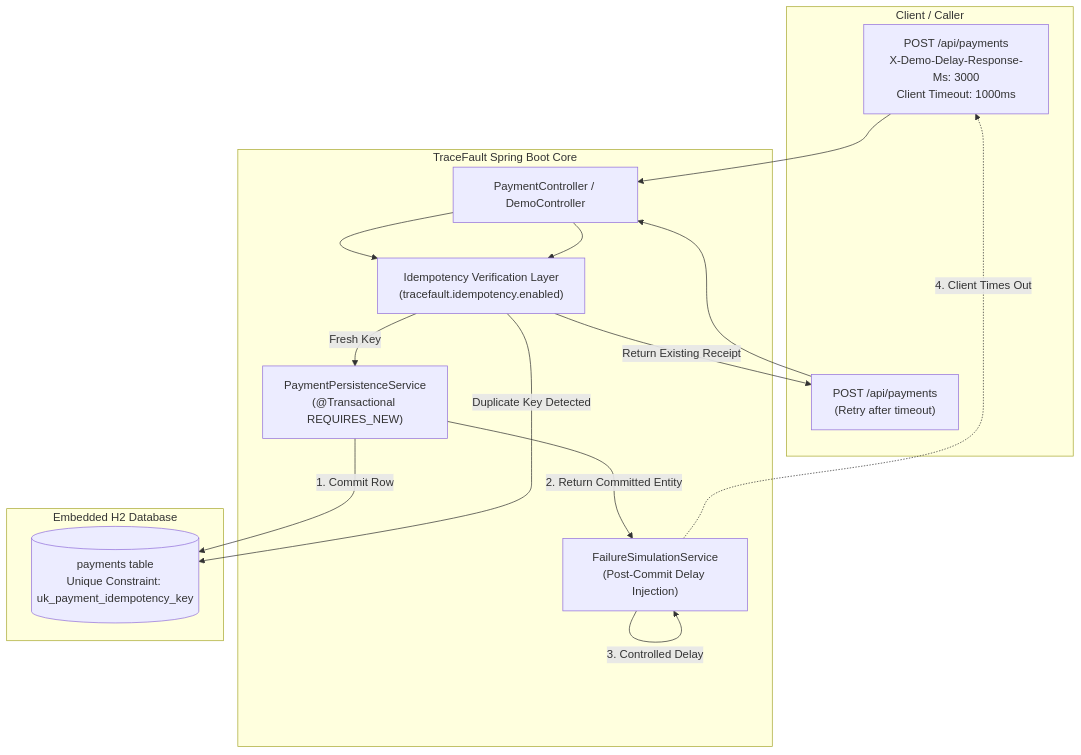
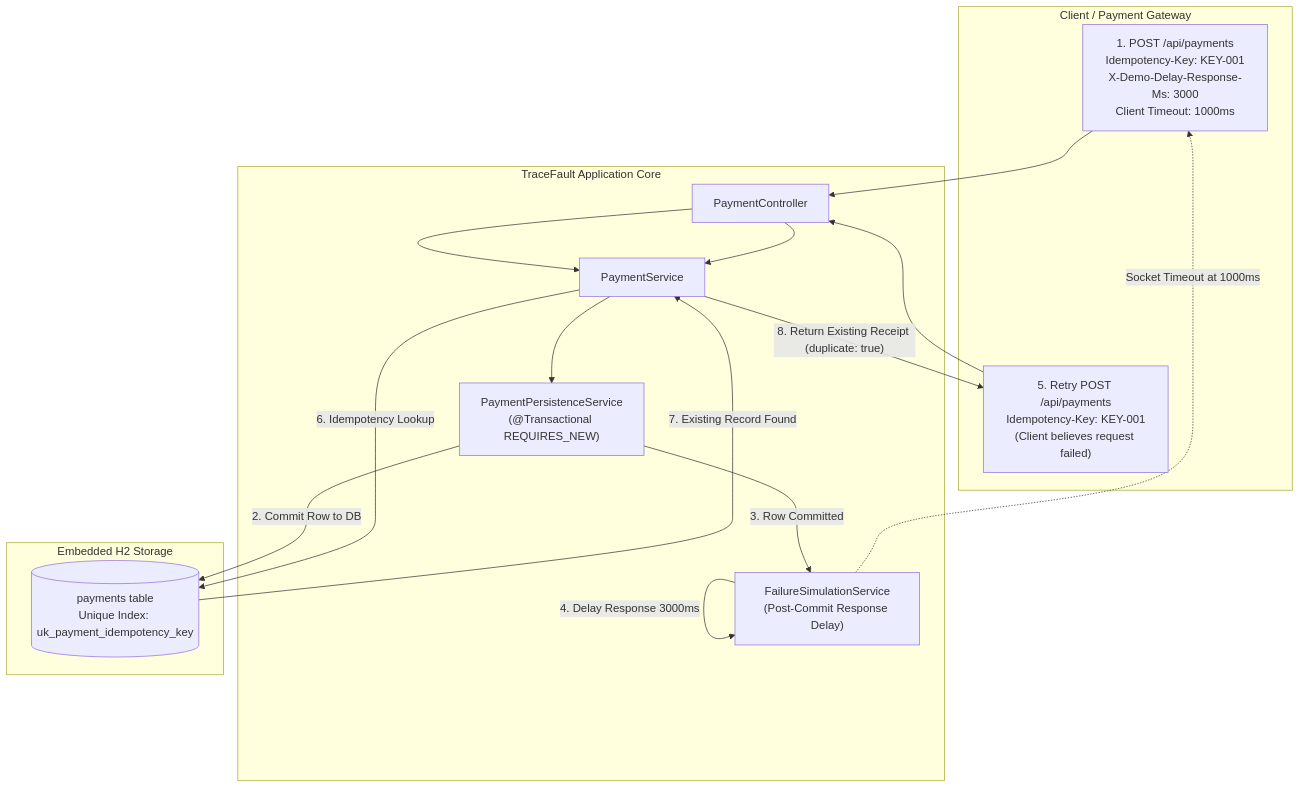
The diagram in README.md (cws31/traceFault), drawn with Mermaid before and after one commit. The commit also changed other lines of this file, not shown here.

````diff
--- a/README.md
+++ b/README.md
@@ -21,31 +62,32 @@
 ```mermaid
 flowchart TD
-    subgraph Client["Client / Caller"]
-        REQ1["POST /api/payments<br/>X-Demo-Delay-Response-Ms: 3000<br/>Client Timeout: 1000ms"]
-        RETRY["POST /api/payments<br/>(Retry after timeout)"]
+    subgraph Client["Client / Payment Gateway"]
+        REQ1["1. POST /api/payments<br/>Idempotency-Key: KEY-001<br/>X-Demo-Delay-Response-Ms: 3000<br/>Client Timeout: 1000ms"]
+        RETRY["5. Retry POST /api/payments<br/>Idempotency-Key: KEY-001<br/>(Client believes request failed)"]
     end
 
-    subgraph ServiceLayer["TraceFault Spring Boot Core"]
-        CTRL["PaymentController / DemoController"]
-        IDEMP["Idempotency Verification Layer<br/>(tracefault.idempotency.enabled)"]
+    subgraph App["TraceFault Application Core"]
+        CTRL["PaymentController"]
+        SVC["PaymentService"]
         PERSIST["PaymentPersistenceService<br/>(@Transactional REQUIRES_NEW)"]
-        SIM["FailureSimulationService<br/>(Post-Commit Delay Injection)"]
+        SIM["FailureSimulationService<br/>(Post-Commit Response Delay)"]
     end
 
-    subgraph Storage["Embedded H2 Database"]
-        DB[("payments table<br/>Unique Constraint: uk_payment_idempotency_key")]
+    subgraph Storage["Embedded H2 Storage"]
+        DB[("payments table<br/>Unique Index: uk_payment_idempotency_key")]
     end
 
     REQ1 --> CTRL
-    CTRL --> IDEMP
-    IDEMP -->|"Fresh Key"| PERSIST
-    PERSIST -->|"1. Commit Row"| DB
-    PERSIST -->|"2. Return Committed Entity"| SIM
-    SIM -->|"3. Controlled Delay"| SIM
-    SIM -.->|"4. Client Times Out"| REQ1
+    CTRL --> SVC
+    SVC --> PERSIST
+    PERSIST -->|"2. Commit Row to DB"| DB
+    PERSIST -->|"3. Row Committed"| SIM
+    SIM -->|"4. Delay Response 3000ms"| SIM
+    SIM -.->|"Socket Timeout at 1000ms"| REQ1
 
     RETRY --> CTRL
-    CTRL --> IDEMP
-    IDEMP -->|"Duplicate Key Detected"| DB
-    IDEMP -->|"Return Existing Receipt"| RETRY
+    CTRL --> SVC
+    SVC -->|"6. Idempotency Lookup"| DB
+    DB -->|"7. Existing Record Found"| SVC
+    SVC -->|"8. Return Existing Receipt (duplicate: true)"| RETRY
 ```
````
